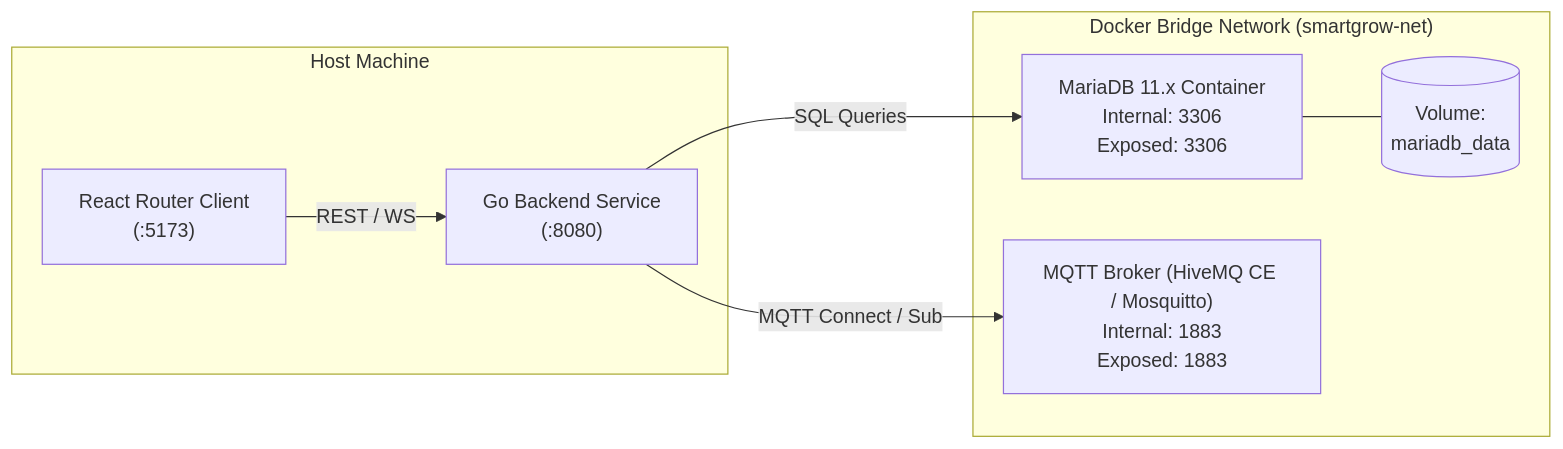
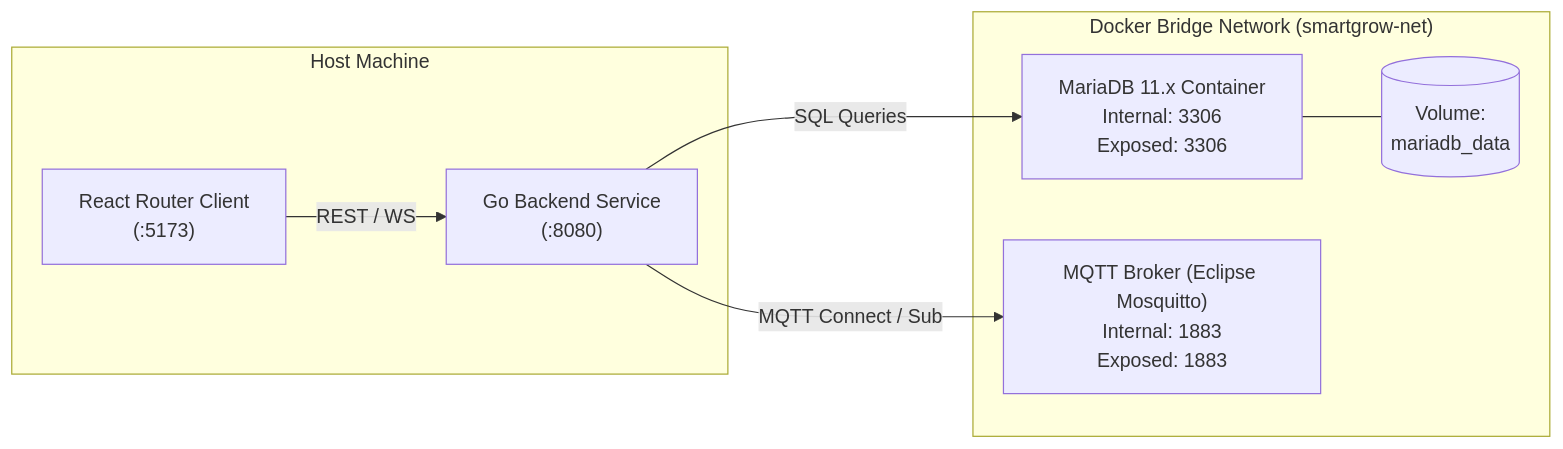
The diagram in docs/specs/00-project-bootstrap-environment/design.md (re4dam/mstr-smart-grow), drawn with Mermaid before and after one commit. The commit also changed other lines of this file and 12 other files, not shown here.

Commit message:
docs: migrate MQTT broker references from HiveMQ to Eclipse Mosquitto across documentation and specifications

````diff
--- a/docs/specs/00-project-bootstrap-environment/design.md
+++ b/docs/specs/00-project-bootstrap-environment/design.md
@@ -74,18 +74,18 @@
 ```mermaid
 flowchart LR
     subgraph Host ["Host Machine"]
         BackendApp["Go Backend Service\n(:8080)"]
         FrontendApp["React Router Client\n(:5173)"]
     end
 
     subgraph DockerBridge ["Docker Bridge Network (smartgrow-net)"]
         MariaDBCont["MariaDB 11.x Container\nInternal: 3306\nExposed: 3306"]
-        MQTTCont["MQTT Broker (HiveMQ CE / Mosquitto)\nInternal: 1883\nExposed: 1883"]
+        MQTTCont["MQTT Broker (Eclipse Mosquitto)\nInternal: 1883\nExposed: 1883"]
         VolumeDB[("Volume:\nmariadb_data")]
     end
 
     MariaDBCont --- VolumeDB
     BackendApp -->|SQL Queries| MariaDBCont
     BackendApp -->|MQTT Connect / Sub| MQTTCont
     FrontendApp -->|REST / WS| BackendApp
 ```
````
